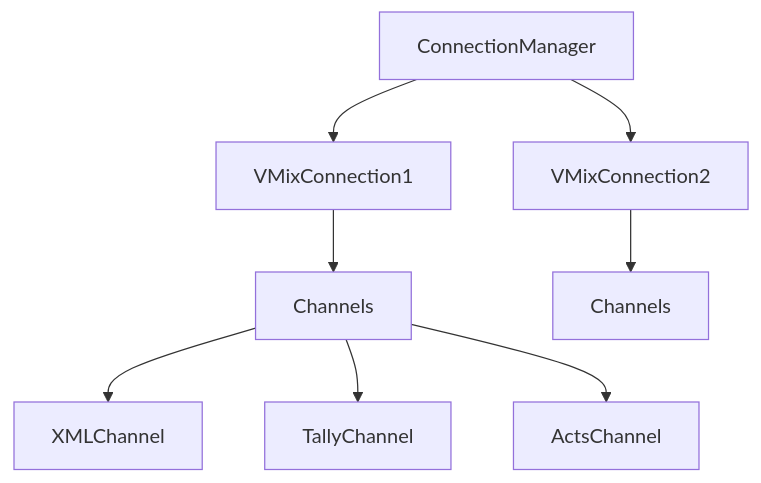
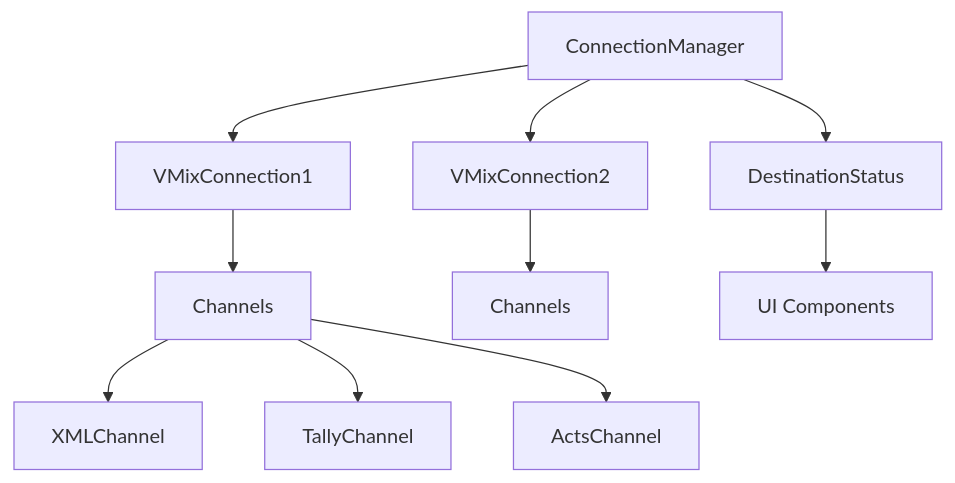
One commit to FlowingSPDG/streamdeck-vmix-plugin changed the second of 4 diagrams in memory-bank/systemPatterns.md. Above: the diagram before and after it, drawn with Mermaid. The commit also changed other lines of this file and 2 other files, not shown here.

````diff
--- a/memory-bank/systemPatterns.md
+++ b/memory-bank/systemPatterns.md
@@ -20,10 +20,12 @@
 ```mermaid
 flowchart TD
     CM[ConnectionManager] --> VC1[VMixConnection1]
     CM --> VC2[VMixConnection2]
     VC1 --> CH1[Channels]
     VC2 --> CH2[Channels]
     CH1 --> XML[XMLChannel]
     CH1 --> TALLY[TallyChannel]
     CH1 --> ACTS[ActsChannel]
+    CM --> DS[DestinationStatus]
+    DS --> UI[UI Components]
 ```
````
